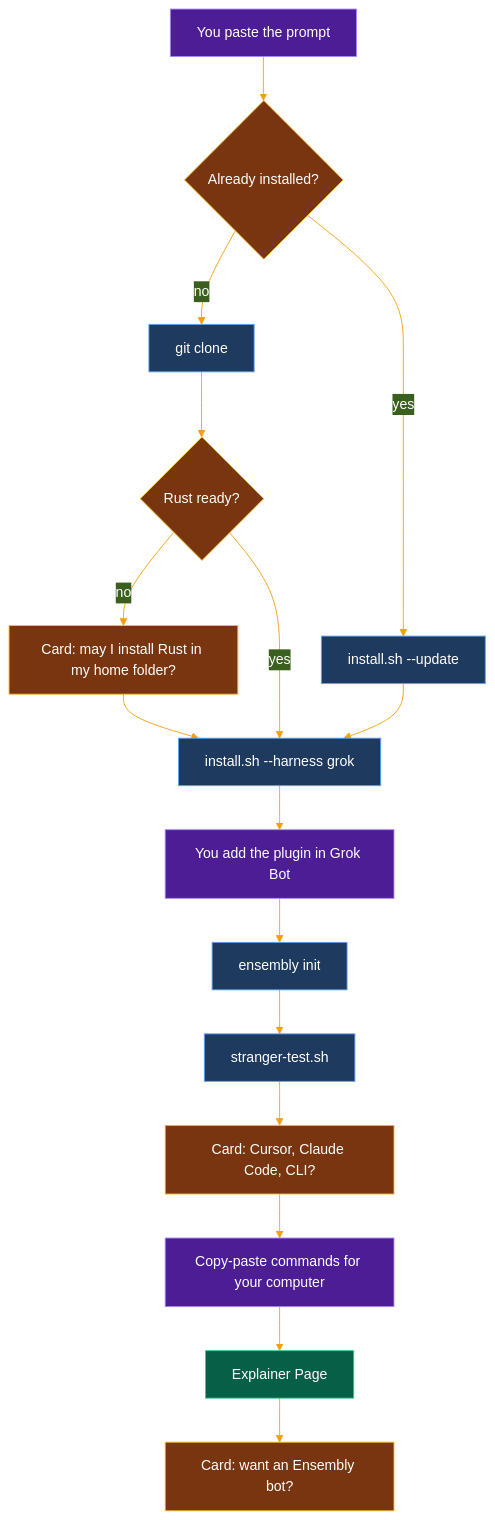
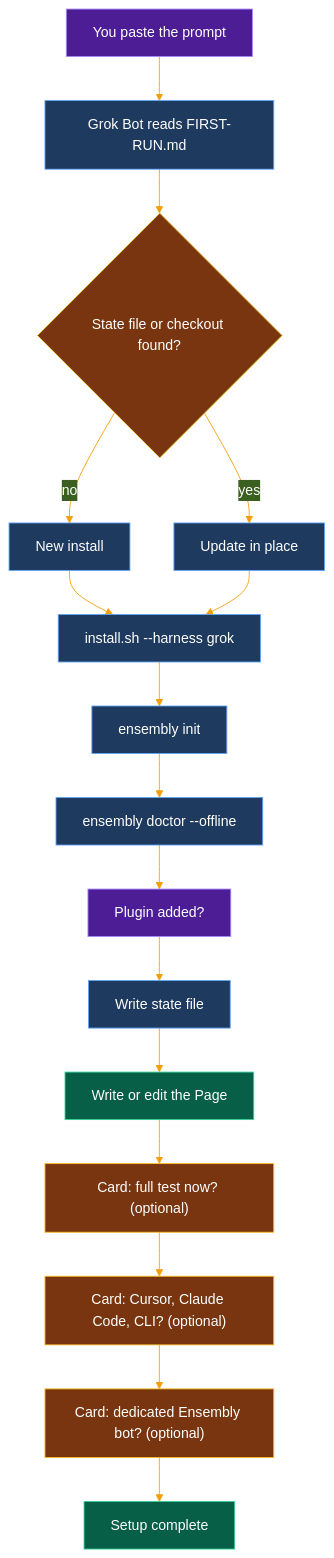
The diagram in docs/install-with-grokbot.md (thecuriousts/ensembly), drawn with Mermaid before and after one commit. The commit also changed other lines of this file and 2 other files, not shown here.

First line of the commit message:
docs: short paste-prompt, FIRST-RUN steps, state file, opt-in extras

````diff
--- a/docs/install-with-grokbot.md
+++ b/docs/install-with-grokbot.md
@@ -5,27 +5,27 @@
 ```mermaid
 %%{init: {"theme":"base","themeVariables":{"primaryColor":"#1e3a5f","primaryTextColor":"#ffffff","lineColor":"#f59e0b","fontFamily":"Inter"}}}%%
 flowchart TB
-  P[You paste the prompt] --> D{"Already installed?"}
-  D -- no --> C[git clone]
-  D -- yes --> U[install.sh --update]
-  C --> R{"Rust ready?"}
-  R -- no --> Q1["Card: may I install Rust in my home folder?"]
-  Q1 --> G
-  R -- yes --> G[install.sh --harness grok]
+  P[You paste the prompt] --> F[Grok Bot reads FIRST-RUN.md]
+  F --> D{"State file or checkout found?"}
+  D -- no --> N[New install]
+  D -- yes --> U[Update in place]
+  N --> G[install.sh --harness grok]
   U --> G
-  G --> PL[You add the plugin in Grok Bot]
-  PL --> I[ensembly init]
-  I --> V[stranger-test.sh]
-  V --> Q2["Card: Cursor, Claude Code, CLI?"]
-  Q2 --> H[Copy-paste commands for your computer]
-  H --> PG[Explainer Page]
-  PG --> Q3["Card: want an Ensembly bot?"]
+  G --> I[ensembly init]
+  I --> DR[ensembly doctor --offline]
+  DR --> PL[Plugin added?]
+  PL --> S[Write state file]
+  S --> PG[Write or edit the Page]
+  PG --> T["Card: full test now? (optional)"]
+  T --> H["Card: Cursor, Claude Code, CLI? (optional)"]
+  H --> B["Card: dedicated Ensembly bot? (optional)"]
+  B --> E[Setup complete]
   classDef you fill:#4c1d95,stroke:#a78bfa,color:#ffffff
-  classDef run fill:#1e3a5f,stroke:#60a5fa,color:#ffffff
+  classDef core fill:#1e3a5f,stroke:#60a5fa,color:#ffffff
   classDef ask fill:#78350f,stroke:#fbbf24,color:#ffffff
   classDef out fill:#065f46,stroke:#34d399,color:#ffffff
-  class P,PL,H you
-  class C,U,G,I,V run
-  class D,R,Q1,Q2,Q3 ask
-  class PG out
+  class P,PL you
+  class F,N,U,G,I,DR,S core
+  class D,T,H,B ask
+  class PG,E out
 ```
````
